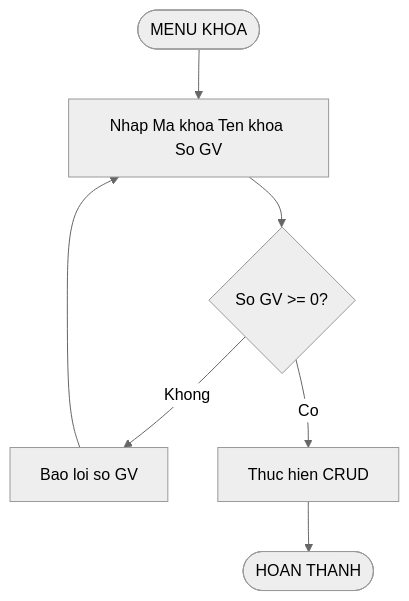
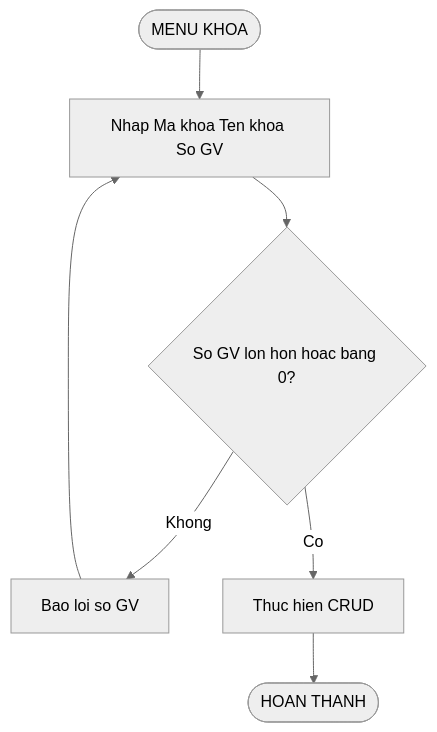
Before and after one commit to phucphuc2006/pro-192: diagram 16 of 20 in docs/Flowcharts/Flowcharts.md, drawn with Mermaid (neutral theme). The commit also changed other lines of this file, not shown here.

Commit message:
Fix Mermaid: add quotes to all labels for GitHub compatibility

````diff
--- a/docs/Flowcharts/Flowcharts.md
+++ b/docs/Flowcharts/Flowcharts.md
@@ -275,9 +242,9 @@
 ```mermaid
 flowchart TD
-    A([MENU KHOA]) --> B[Nhap Ma khoa Ten khoa So GV]
-    B --> C{So GV >= 0?}
-    C -->|Khong| D[Bao loi so GV]
+    A(["MENU KHOA"]) --> B["Nhap Ma khoa Ten khoa So GV"]
+    B --> C{"So GV lon hon hoac bang 0?"}
+    C -->|Khong| D["Bao loi so GV"]
     D --> B
-    C -->|Co| E[Thuc hien CRUD]
-    E --> F([HOAN THANH])
+    C -->|Co| E["Thuc hien CRUD"]
+    E --> F(["HOAN THANH"])
 ```
````
